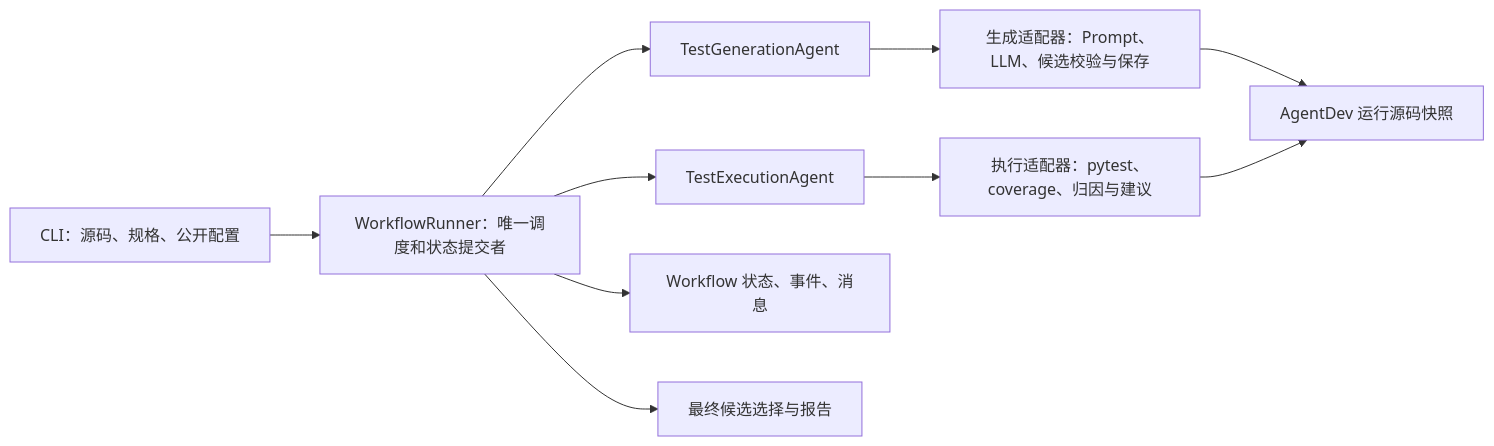
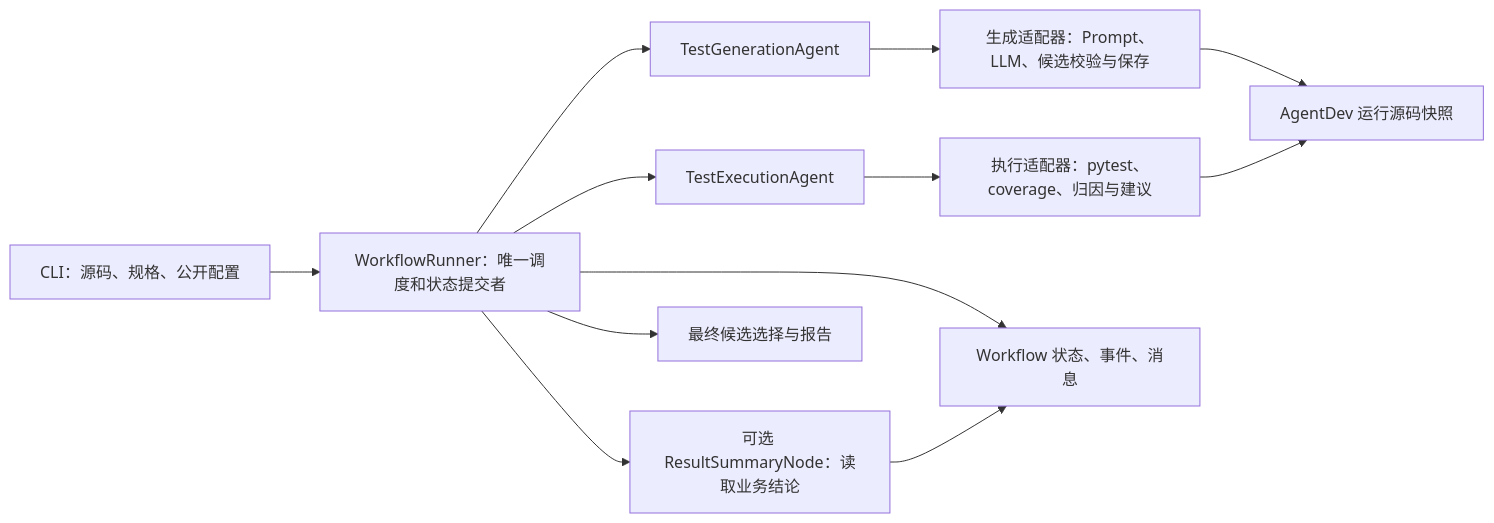
Before and after one commit to ZHZ1111/Workflow: the first of 3 diagrams in Design.md, drawn with Mermaid. The commit also changed other lines of this file and 26 other files, not shown here.

First line of the commit message:
feat(p6): add event schema, event logs, feedback messages, and result summary node

````diff
--- a/Design.md
+++ b/Design.md
@@ -7,12 +7,14 @@
 ```mermaid
 flowchart LR
     CLI[CLI：源码、规格、公开配置] --> W[WorkflowRunner：唯一调度和状态提交者]
     W --> G[TestGenerationAgent]
     W --> E[TestExecutionAgent]
     G --> GA[生成适配器：Prompt、LLM、候选校验与保存]
     E --> EA[执行适配器：pytest、coverage、归因与建议]
     GA --> V[AgentDev 运行源码快照]
     EA --> V
     W --> S[Workflow 状态、事件、消息]
+    W --> N[可选 ResultSummaryNode：读取业务结论]
+    N --> S
     W --> R[最终候选选择与报告]
 ```
````
